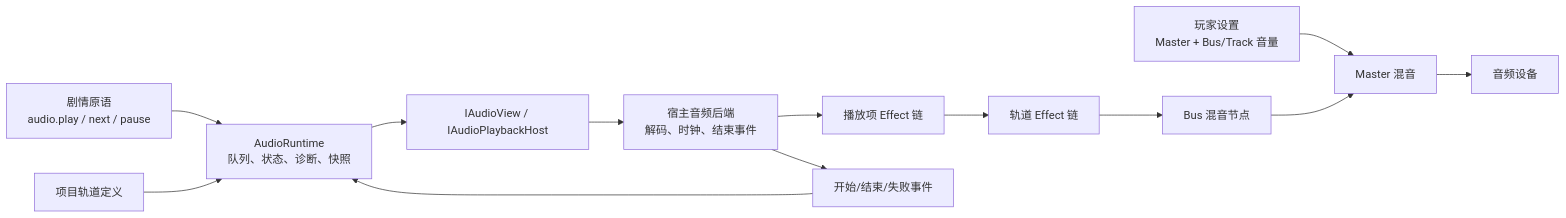
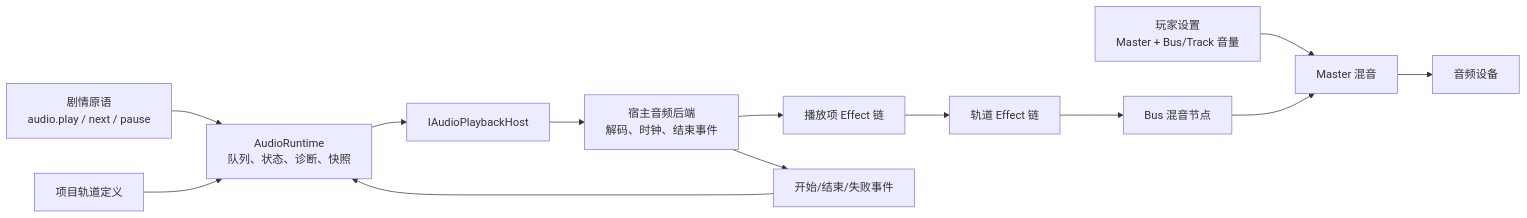
One commit to StarryXYJ/Gal.Net changed the diagram in docs/design/audio-system-design.md. Above: the diagram before and after it, drawn with Mermaid. The commit also changed other lines of this file and 19 other files, not shown here.

````diff
--- a/docs/design/audio-system-design.md
+++ b/docs/design/audio-system-design.md
@@ -35,15 +35,15 @@
 ```mermaid
 flowchart LR
   Entry[剧情原语\naudio.play / next / pause] --> Runtime[AudioRuntime\n队列、状态、诊断、快照]
   Project[项目轨道定义] --> Runtime
   Settings[玩家设置\nMaster + Bus/Track 音量] --> Mixer
-  Runtime --> Request[IAudioView / IAudioPlaybackHost]
+  Runtime --> Request[IAudioPlaybackHost]
   Request --> Backend[宿主音频后端\n解码、时钟、结束事件]
   Backend --> ItemFx[播放项 Effect 链]
   ItemFx --> TrackFx[轨道 Effect 链]
   TrackFx --> Bus[Bus 混音节点]
   Bus --> Mixer[Master 混音]
   Mixer --> Device[音频设备]
   Backend --> Events[开始/结束/失败事件]
   Events --> Runtime
 ```
````
